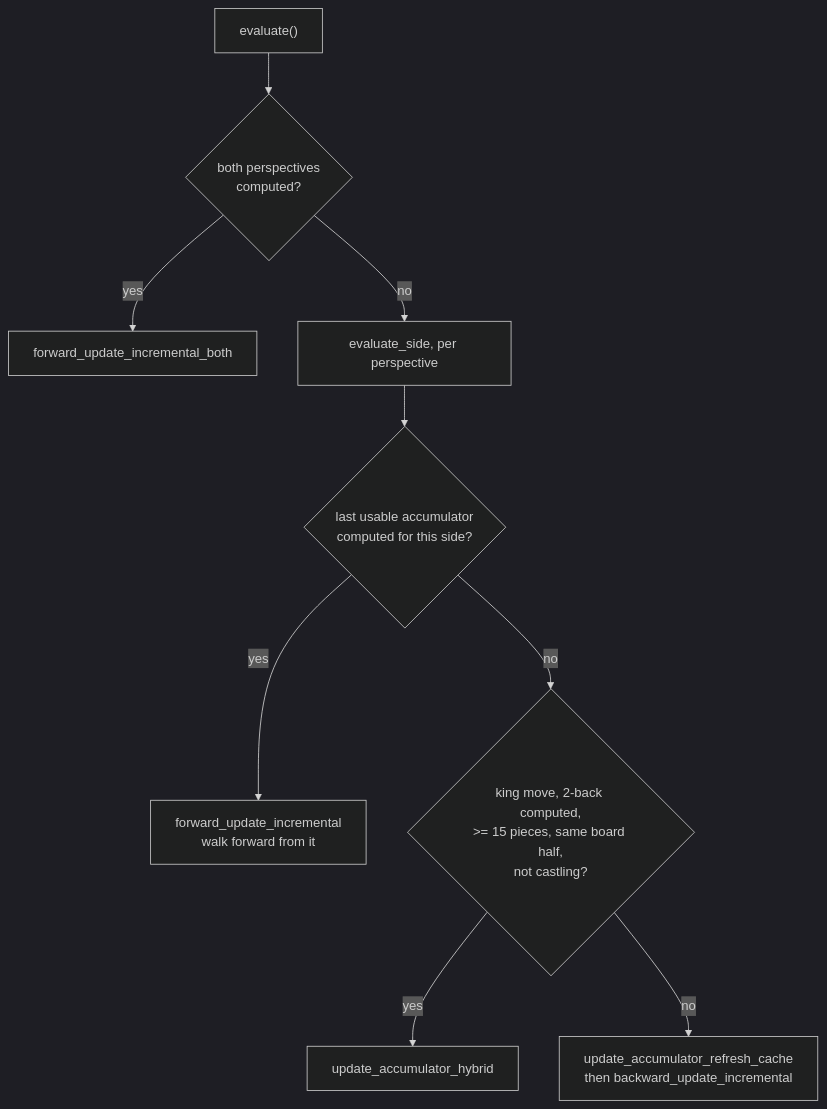
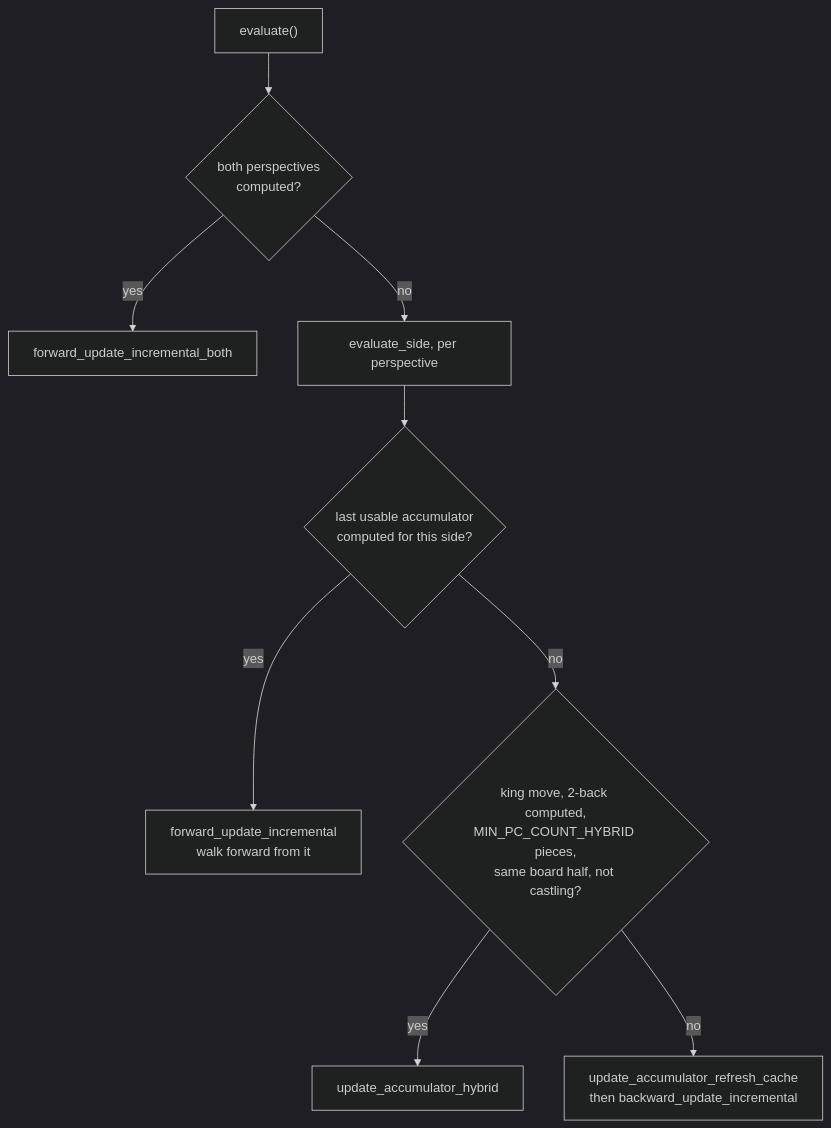
One commit to ppigazzini/Stockfish changed the diagram in docs/03-engine-eval.md. Above: the diagram before and after it, drawn with Mermaid (dark theme). The commit also changed other lines of this file and 42 other files, not shown here.

````diff
--- a/docs/03-engine-eval.md
+++ b/docs/03-engine-eval.md
@@ -54,11 +54,11 @@
 ```mermaid
 flowchart TD
     E["evaluate()"] --> B{"both perspectives<br/>computed?"}
     B -->|yes| FB["forward_update_incremental_both"]
     B -->|no| S["evaluate_side, per perspective"]
     S --> C{"last usable accumulator<br/>computed for this side?"}
     C -->|yes| F["forward_update_incremental<br/>walk forward from it"]
-    C -->|no| H{"king move, 2-back computed,<br/>>= 15 pieces, same board half,<br/>not castling?"}
+    C -->|no| H{"king move, 2-back computed,<br/>MIN_PC_COUNT_HYBRID pieces,<br/>same board half, not castling?"}
     H -->|yes| HY["update_accumulator_hybrid"]
     H -->|no| R["update_accumulator_refresh_cache<br/>then backward_update_incremental"]
 ```
````
